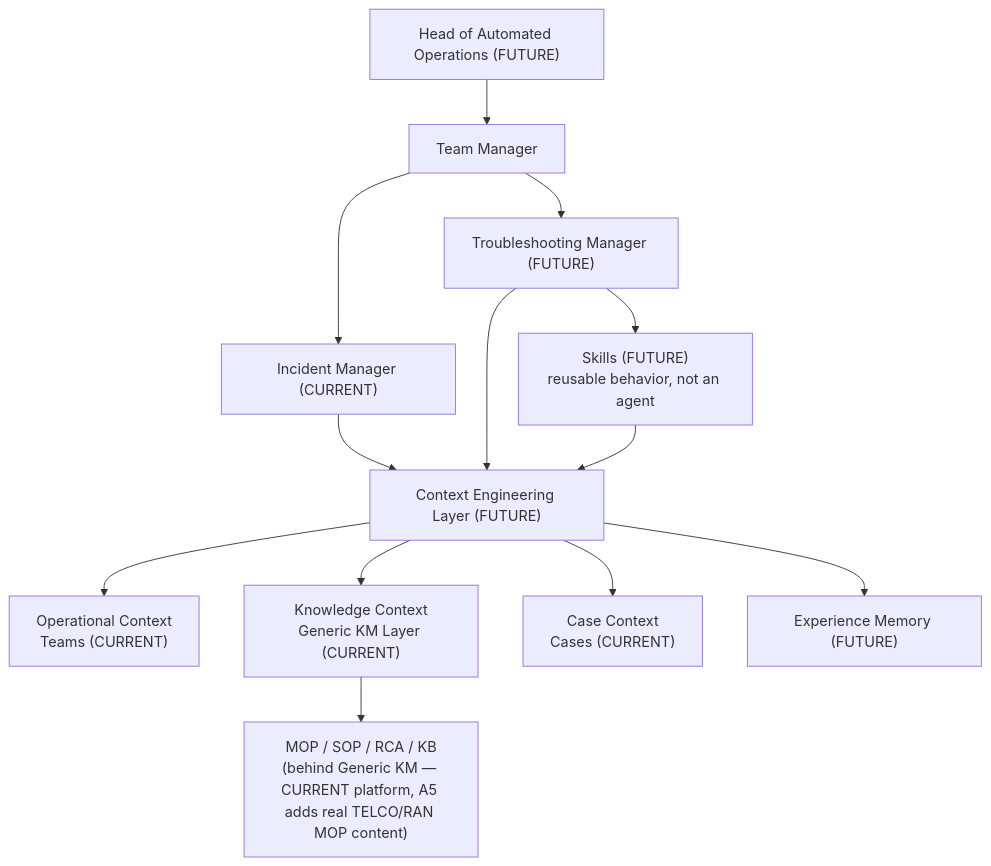
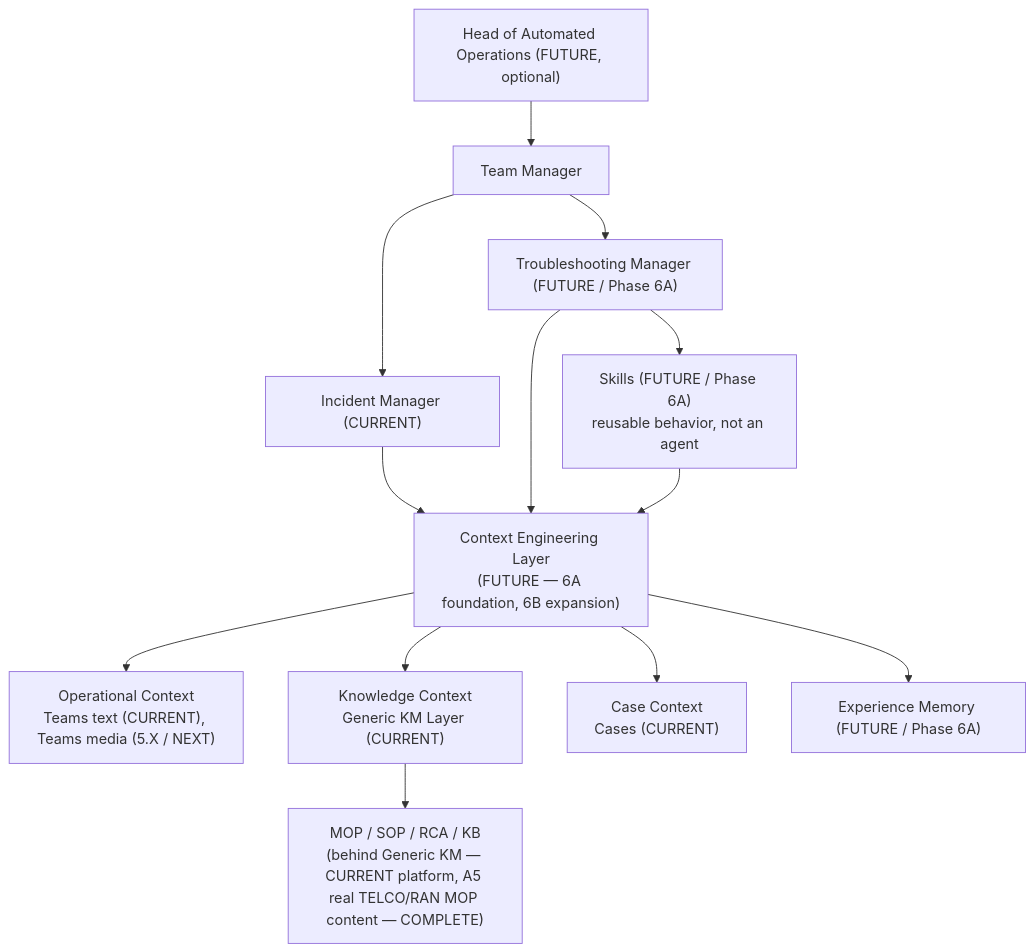
The third of 4 diagrams in README.md (drak0niii/SLOPANOC), drawn with Mermaid before and after one commit. The commit also changed other lines of this file and 4 other files, not shown here.

Commit message:
docs: realign roadmap for 5x and phase 6 split

````diff
--- a/README.md
+++ b/README.md
@@ -199,15 +207,15 @@
 ```mermaid
 flowchart TD
-    HOO["Head of Automated Operations (FUTURE)"] --> TM[Team Manager]
+    HOO["Head of Automated Operations (FUTURE, optional)"] --> TM[Team Manager]
     TM --> IM["Incident Manager (CURRENT)"]
-    TM --> TSM["Troubleshooting Manager (FUTURE)"]
-    TSM --> SK["Skills (FUTURE)<br/>reusable behavior, not an agent"]
-    IM --> CEL["Context Engineering Layer (FUTURE)"]
+    TM --> TSM["Troubleshooting Manager (FUTURE / Phase 6A)"]
+    TSM --> SK["Skills (FUTURE / Phase 6A)<br/>reusable behavior, not an agent"]
+    IM --> CEL["Context Engineering Layer<br/>(FUTURE — 6A foundation, 6B expansion)"]
     TSM --> CEL
     SK --> CEL
-    CEL --> OC["Operational Context<br/>Teams (CURRENT)"]
+    CEL --> OC["Operational Context<br/>Teams text (CURRENT), Teams media (5.X / NEXT)"]
     CEL --> KC["Knowledge Context<br/>Generic KM Layer (CURRENT)"]
     CEL --> CC["Case Context<br/>Cases (CURRENT)"]
-    CEL --> EM["Experience Memory (FUTURE)"]
-    KC --> KM["MOP / SOP / RCA / KB<br/>(behind Generic KM — CURRENT platform, A5 adds real TELCO/RAN MOP content)"]
+    CEL --> EM["Experience Memory (FUTURE / Phase 6A)"]
+    KC --> KM["MOP / SOP / RCA / KB<br/>(behind Generic KM — CURRENT platform, A5 real TELCO/RAN MOP content — COMPLETE)"]
 ```
````
